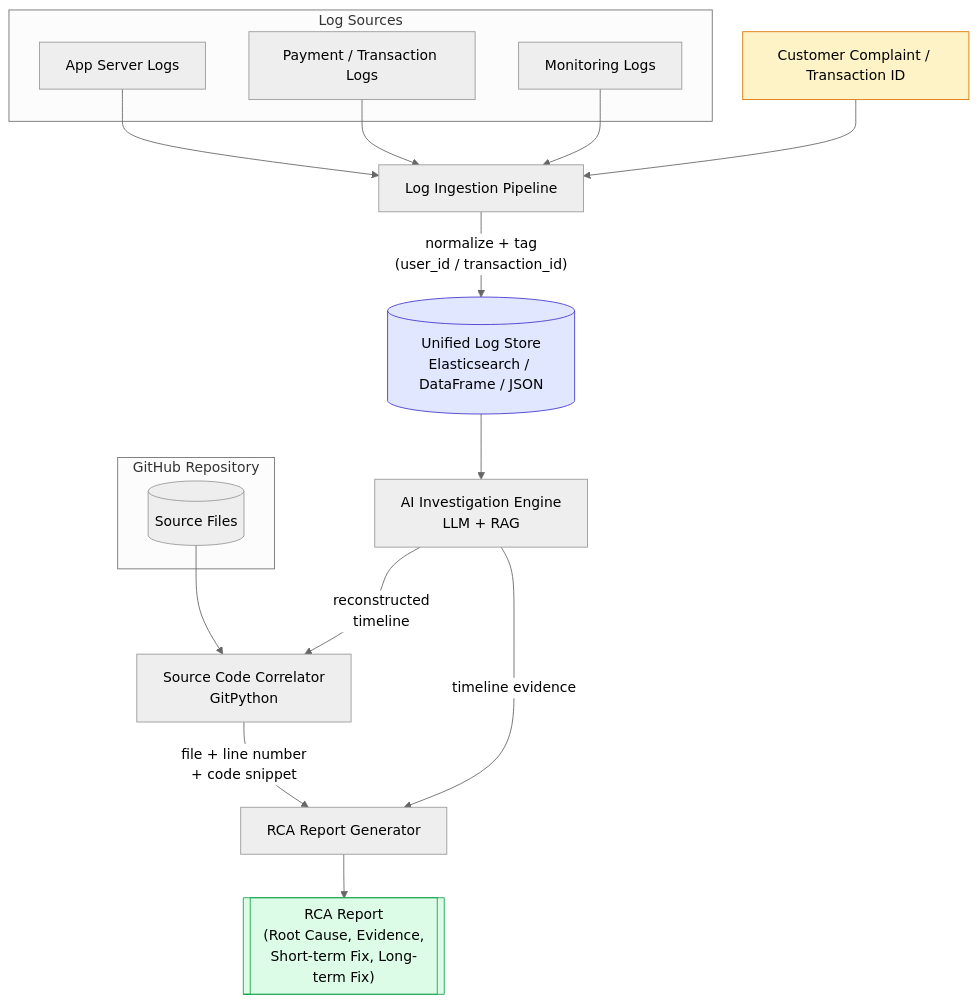
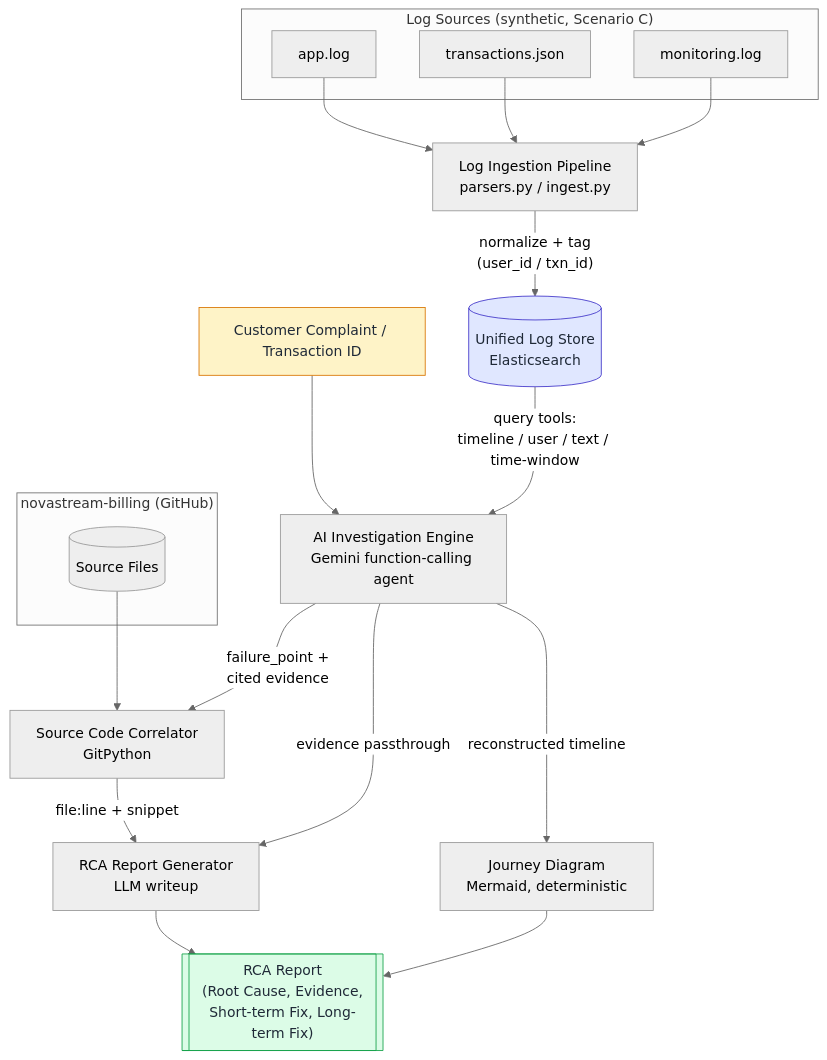
One commit to aadityaincode/Sherlog changed the first of 3 diagrams in docs/architecture-diagram.md. Above: the diagram before and after it, drawn with Mermaid (neutral theme). The commit also changed other lines of this file and 15 other files, not shown here.

Commit message:
Complete the pipeline: code correlator, RCA generator, journey diagram, and UI

````diff
--- a/docs/architecture-diagram.md
+++ b/docs/architecture-diagram.md
@@ -5,33 +5,35 @@
 ```mermaid
 flowchart TD
-    A[Customer Complaint / Transaction ID] --> B[Log Ingestion Pipeline]
+    A[Customer Complaint / Transaction ID] --> D
 
-    subgraph Sources["Log Sources"]
-        S1[App Server Logs]
-        S2[Payment / Transaction Logs]
-        S3[Monitoring Logs]
+    subgraph Sources["Log Sources (synthetic, Scenario C)"]
+        S1[app.log]
+        S2[transactions.json]
+        S3[monitoring.log]
     end
 
-    S1 --> B
+    S1 --> B[Log Ingestion Pipeline<br/>parsers.py / ingest.py]
     S2 --> B
     S3 --> B
 
-    B -->|"normalize + tag<br/>(user_id / transaction_id)"| C[(Unified Log Store<br/>Elasticsearch / DataFrame / JSON)]
+    B -->|"normalize + tag<br/>(user_id / txn_id)"| C[(Unified Log Store<br/>Elasticsearch)]
 
-    C --> D[AI Investigation Engine<br/>LLM + RAG]
-    D -->|"reconstructed<br/>timeline"| E[Source Code Correlator<br/>GitPython]
+    C -->|"query tools:<br/>timeline / user / text / time-window"| D[AI Investigation Engine<br/>Gemini function-calling agent]
+    D -->|"failure_point +<br/>cited evidence"| E[Source Code Correlator<br/>GitPython]
 
-    subgraph Repo["GitHub Repository"]
+    subgraph Repo["novastream-billing (GitHub)"]
         R1[(Source Files)]
     end
     R1 --> E
 
-    E -->|"file + line number<br/>+ code snippet"| F[RCA Report Generator]
-    D -->|"timeline evidence"| F
+    E -->|"file:line + snippet"| F[RCA Report Generator<br/>LLM writeup]
+    D -->|"evidence passthrough"| F
+    D -->|"reconstructed timeline"| J[Journey Diagram<br/>Mermaid, deterministic]
 
     F --> G[["RCA Report<br/>(Root Cause, Evidence,<br/>Short-term Fix, Long-term Fix)"]]
+    J --> G
 
-    style A fill:#fef3c7,stroke:#d97706
-    style G fill:#dcfce7,stroke:#16a34a
-    style C fill:#e0e7ff,stroke:#4338ca
+    style A fill:#fef3c7,stroke:#d97706,color:#1f2937
+    style G fill:#dcfce7,stroke:#16a34a,color:#1f2937
+    style C fill:#e0e7ff,stroke:#4338ca,color:#1f2937
 ```
````
